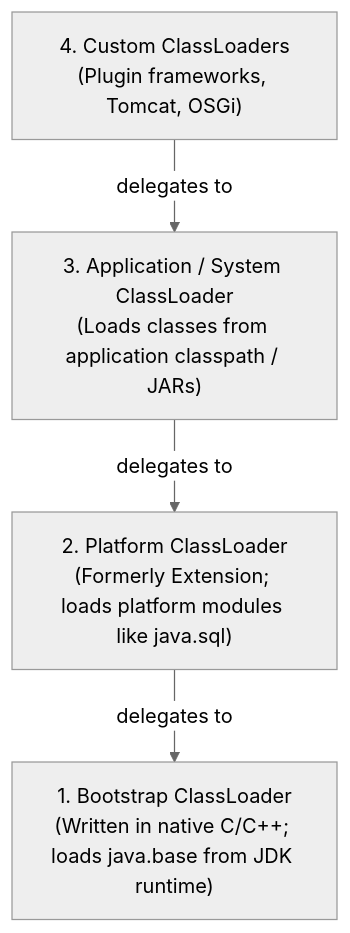
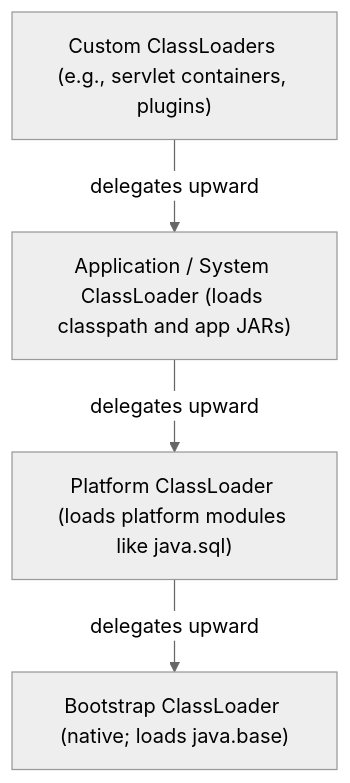
One commit to ravishankar2463/java_hub changed the second of 4 diagrams in content/roadmap/level-3/jvm-architecture-internals.md. Above: the diagram before and after it, drawn with Mermaid (neutral theme). The commit also changed other lines of this file and 119 other files, not shown here.

Commit message:
feat: add comprehensive java learning roadmap content across multiple levels

````diff
--- a/content/roadmap/level-3/jvm-architecture-internals.md
+++ b/content/roadmap/level-3/jvm-architecture-internals.md
@@ -60,11 +65,11 @@
 ```mermaid
 flowchart TD
-    Bootstrap["1. Bootstrap ClassLoader<br/>(Written in native C/C++; loads java.base from JDK runtime)"]
-    Platform["2. Platform ClassLoader<br/>(Formerly Extension; loads platform modules like java.sql)"]
-    App["3. Application / System ClassLoader<br/>(Loads classes from application classpath / JARs)"]
-    Custom["4. Custom ClassLoaders<br/>(Plugin frameworks, Tomcat, OSGi)"]
+    bootstrap["Bootstrap ClassLoader (native; loads java.base)"]
+    platform["Platform ClassLoader (loads platform modules like java.sql)"]
+    app["Application / System ClassLoader (loads classpath and app JARs)"]
+    custom["Custom ClassLoaders (e.g., servlet containers, plugins)"]
 
-    Custom -->|"delegates to"| App
-    App -->|"delegates to"| Platform
-    Platform -->|"delegates to"| Bootstrap
+    custom -->|"delegates upward"| app
+    app -->|"delegates upward"| platform
+    platform -->|"delegates upward"| bootstrap
 ```
````
